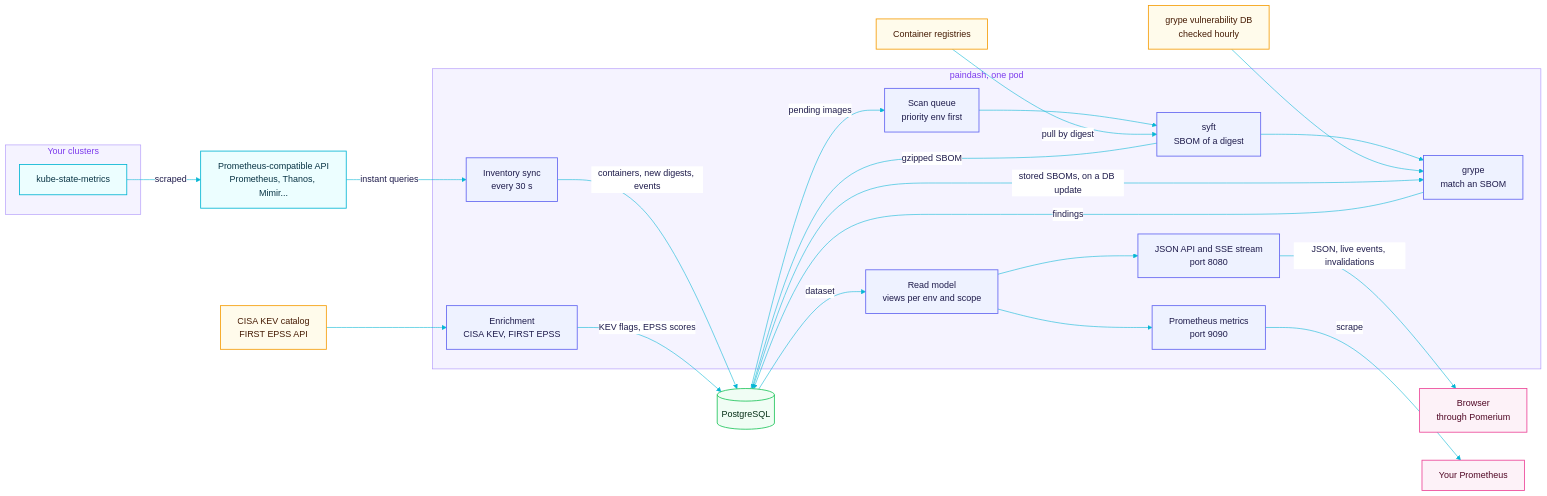
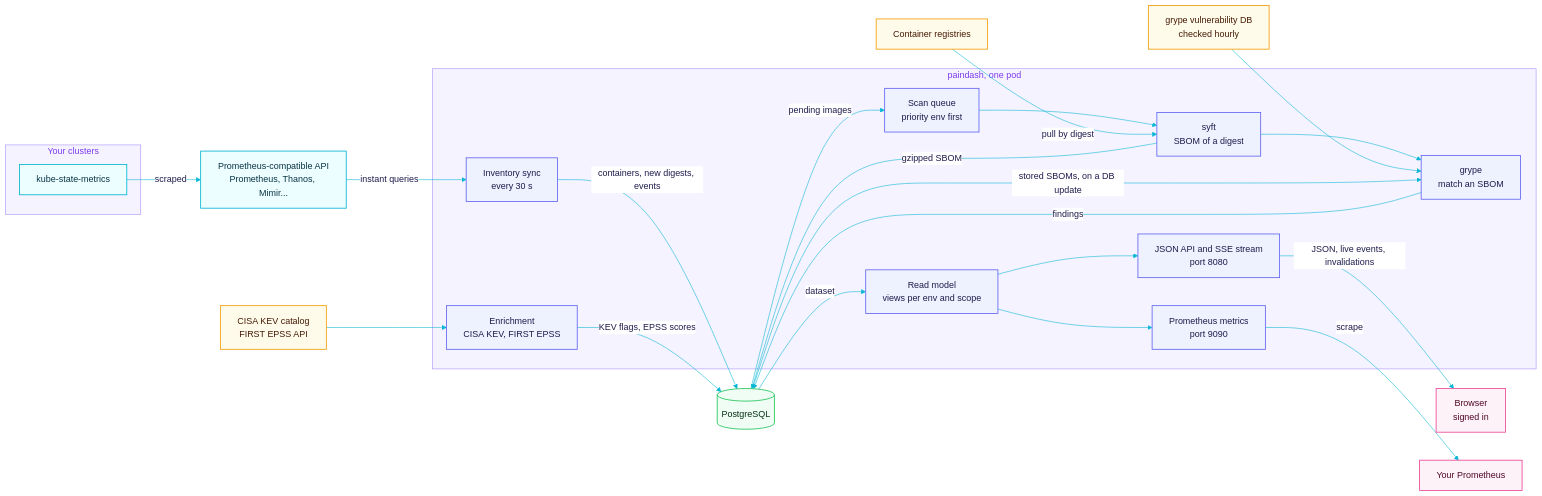
One commit to n0cl0ud/paindash changed the first of 6 diagrams in docs/architecture.md. Above: the diagram before and after it, drawn with Mermaid. The commit also changed other lines of this file and 38 other files, not shown here.

````diff
--- a/docs/architecture.md
+++ b/docs/architecture.md
@@ -13,56 +13,56 @@
 ```mermaid
 %%{init: {"theme": "base", "themeVariables": {"primaryColor": "#EEF2FF", "primaryBorderColor": "#6366F1", "primaryTextColor": "#1E1B4B", "secondaryColor": "#ECFEFF", "secondaryBorderColor": "#06B6D4", "tertiaryColor": "#F8FAFC", "tertiaryBorderColor": "#94A3B8", "lineColor": "#06B6D4", "edgeLabelBackground": "#FFFFFF", "clusterBkg": "#F5F3FF", "clusterBorder": "#A78BFA", "titleColor": "#7C3AED", "actorBkg": "#EEF2FF", "actorBorder": "#6366F1", "actorTextColor": "#1E1B4B", "actorLineColor": "#A5B4FC", "signalColor": "#06B6D4", "signalTextColor": "#64748B", "labelBoxBkgColor": "#EEF2FF", "labelBoxBorderColor": "#6366F1", "labelTextColor": "#1E1B4B", "loopTextColor": "#64748B", "noteBkgColor": "#FEF3C7", "noteBorderColor": "#F59E0B", "noteTextColor": "#451A03", "activationBkgColor": "#E0E7FF", "activationBorderColor": "#6366F1", "sequenceNumberColor": "#FFFFFF", "attributeBackgroundColorOdd": "#FFFFFF", "attributeBackgroundColorEven": "#F8FAFC"}}}%%
 flowchart LR
     subgraph clusters ["Your clusters"]
         KSM["kube-state-metrics"]
     end
     PROM["Prometheus-compatible API<br/>Prometheus, Thanos, Mimir..."]
     KSM -->|"scraped"| PROM
 
     subgraph pod ["paindash, one pod"]
         SYNC["Inventory sync<br/>every 30 s"]
         QUEUE["Scan queue<br/>priority env first"]
         SYFT["syft<br/>SBOM of a digest"]
         GRYPE["grype<br/>match an SBOM"]
         ENRICH["Enrichment<br/>CISA KEV, FIRST EPSS"]
         READ["Read model<br/>views per env and scope"]
         API["JSON API and SSE stream<br/>port 8080"]
         MET["Prometheus metrics<br/>port 9090"]
     end
 
     PG[("PostgreSQL")]
     REG["Container registries"]
     VDB["grype vulnerability DB<br/>checked hourly"]
     FEEDS["CISA KEV catalog<br/>FIRST EPSS API"]
-    UI["Browser<br/>through Pomerium"]
+    UI["Browser<br/>signed in"]
     SCRAPER["Your Prometheus"]
 
     PROM -->|"instant queries"| SYNC
     SYNC -->|"containers, new digests, events"| PG
     PG -->|"pending images"| QUEUE
     QUEUE --> SYFT
     REG -->|"pull by digest"| SYFT
     SYFT -->|"gzipped SBOM"| PG
     SYFT --> GRYPE
     VDB --> GRYPE
     PG -->|"stored SBOMs, on a DB update"| GRYPE
     GRYPE -->|"findings"| PG
     FEEDS --> ENRICH
     ENRICH -->|"KEV flags, EPSS scores"| PG
     PG -->|"dataset"| READ
     READ --> API
     READ --> MET
     API -->|"JSON, live events, invalidations"| UI
     MET -->|"scrape"| SCRAPER
 
     classDef src fill:#ECFEFF,stroke:#06B6D4,stroke-width:1.5px,color:#083344
     classDef core fill:#EEF2FF,stroke:#6366F1,stroke-width:1.5px,color:#1E1B4B
     classDef store fill:#F0FDF4,stroke:#22C55E,stroke-width:1.5px,color:#052E16
     classDef ext fill:#FFFBEB,stroke:#F59E0B,stroke-width:1.5px,color:#451A03
     classDef out fill:#FDF2F8,stroke:#EC4899,stroke-width:1.5px,color:#500724
     class KSM,PROM src
     class SYNC,QUEUE,SYFT,GRYPE,ENRICH,READ,API,MET core
     class PG store
     class REG,VDB,FEEDS ext
     class UI,SCRAPER out
 ```
````
